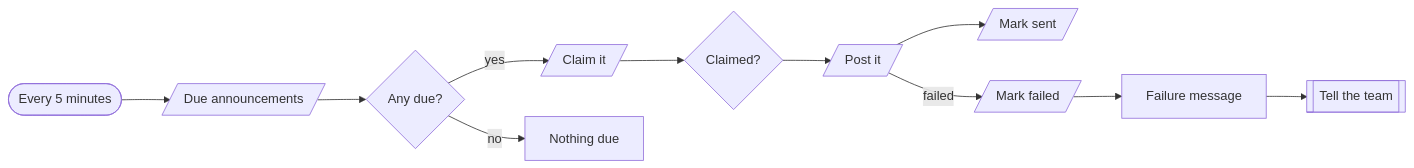
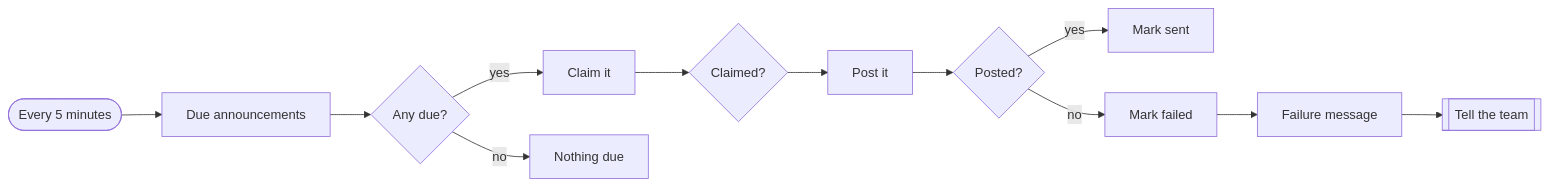
Before and after one commit to kimjoshuadr/n8n-workflows: the third of 3 diagrams in systems/community-ops/README.md, drawn with Mermaid. The commit also changed other lines of this file and 184 other files, not shown here.

Commit message:
Finish the move to named platforms: blocks, BambooHR, generated README, schema and platform marks

````diff
--- a/systems/community-ops/README.md
+++ b/systems/community-ops/README.md
@@ -134,24 +132,26 @@
 ```mermaid
 flowchart LR
   n1pdql2g(["Every 5 minutes"])
-  n1efj2c9[/"Due announcements"/]
+  n1efj2c9["Due announcements"]
   n1x75dpi{"Any due?"}
-  ng7nr92[/"Claim it"/]
+  ng7nr92["Claim it"]
   ng7p697{"Claimed?"}
-  n9q64kk[/"Post it"/]
-  n1sxbt1g[/"Mark sent"/]
-  nmbehd5[/"Mark failed"/]
+  n9q64kk["Post it"]
+  n9q7jkp{"Posted?"}
+  n1sxbt1g["Mark sent"]
+  nmbehd5["Mark failed"]
   n1u1ajxm["Failure message"]
   n8m5mk4[["Tell the team"]]
   nnsfmoq["Nothing due"]
   n1pdql2g --> n1efj2c9
   n1efj2c9 --> n1x75dpi
   n1x75dpi -->|yes| ng7nr92
   ng7nr92 --> ng7p697
   ng7p697 --> n9q64kk
-  n9q64kk --> n1sxbt1g
+  n9q64kk --> n9q7jkp
+  n9q7jkp -->|yes| n1sxbt1g
   n1x75dpi -->|no| nnsfmoq
-  n9q64kk -->|failed| nmbehd5
+  n9q7jkp -->|no| nmbehd5
   nmbehd5 --> n1u1ajxm
   n1u1ajxm --> n8m5mk4
 ```
````
